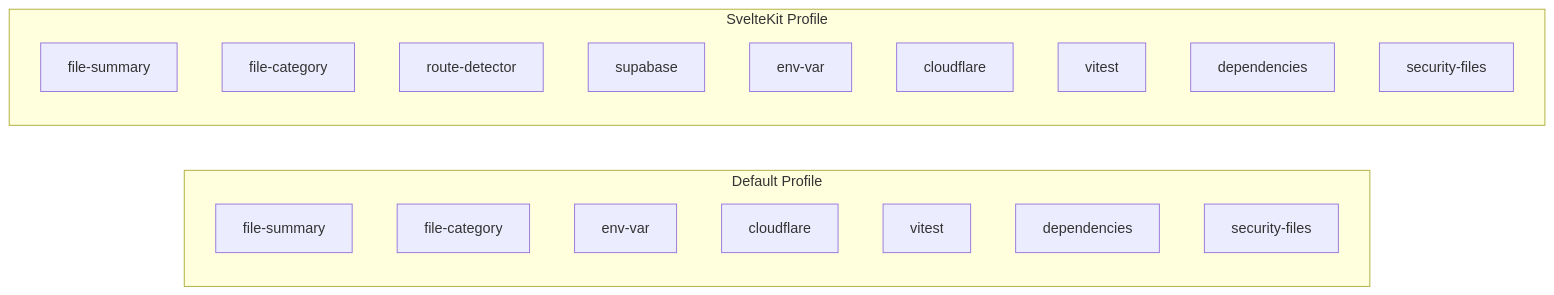
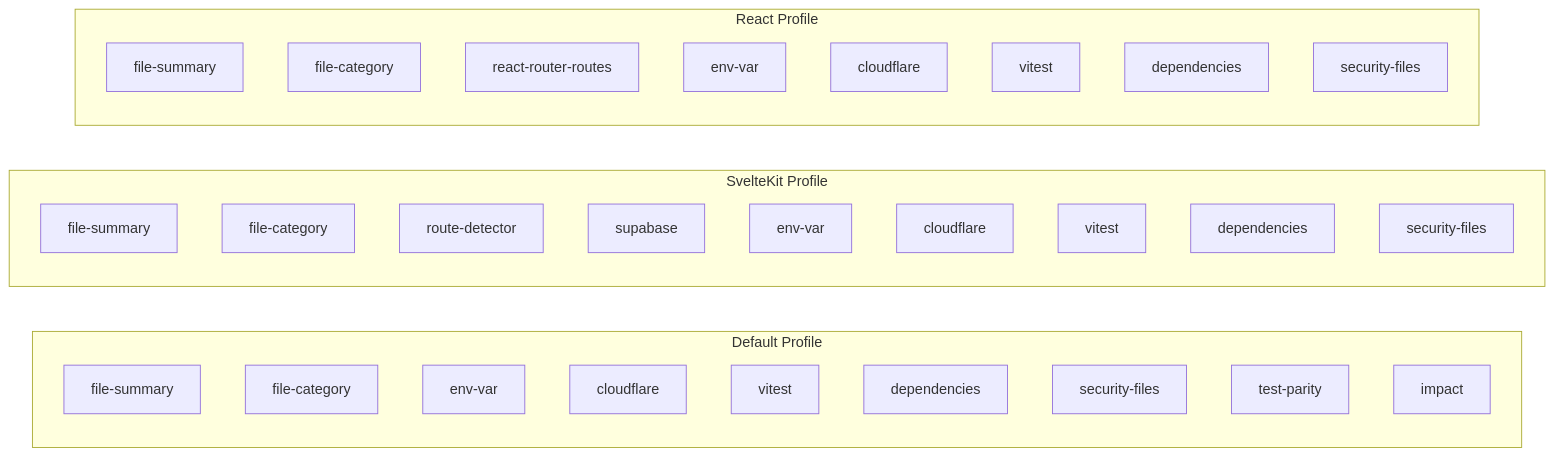
The second of 2 diagrams in docs/07-profiles/overview.md (better-vibe/branch-narrator), drawn with Mermaid before and after one commit. The commit also changed other lines of this file and 9 other files, not shown here.

````diff
--- a/docs/07-profiles/overview.md
+++ b/docs/07-profiles/overview.md
@@ -43,24 +49,37 @@
 ```mermaid
 graph LR
     subgraph Default["Default Profile"]
         D1[file-summary]
         D2[file-category]
         D3[env-var]
         D4[cloudflare]
         D5[vitest]
         D6[dependencies]
         D7[security-files]
+        D8[test-parity]
+        D9[impact]
     end
 
     subgraph SvelteKit["SvelteKit Profile"]
         S1[file-summary]
         S2[file-category]
         S3[route-detector]
         S4[supabase]
         S5[env-var]
         S6[cloudflare]
         S7[vitest]
         S8[dependencies]
         S9[security-files]
     end
+
+    subgraph React["React Profile"]
+        R1[file-summary]
+        R2[file-category]
+        R3[react-router-routes]
+        R4[env-var]
+        R5[cloudflare]
+        R6[vitest]
+        R7[dependencies]
+        R8[security-files]
+    end
 ```
````
